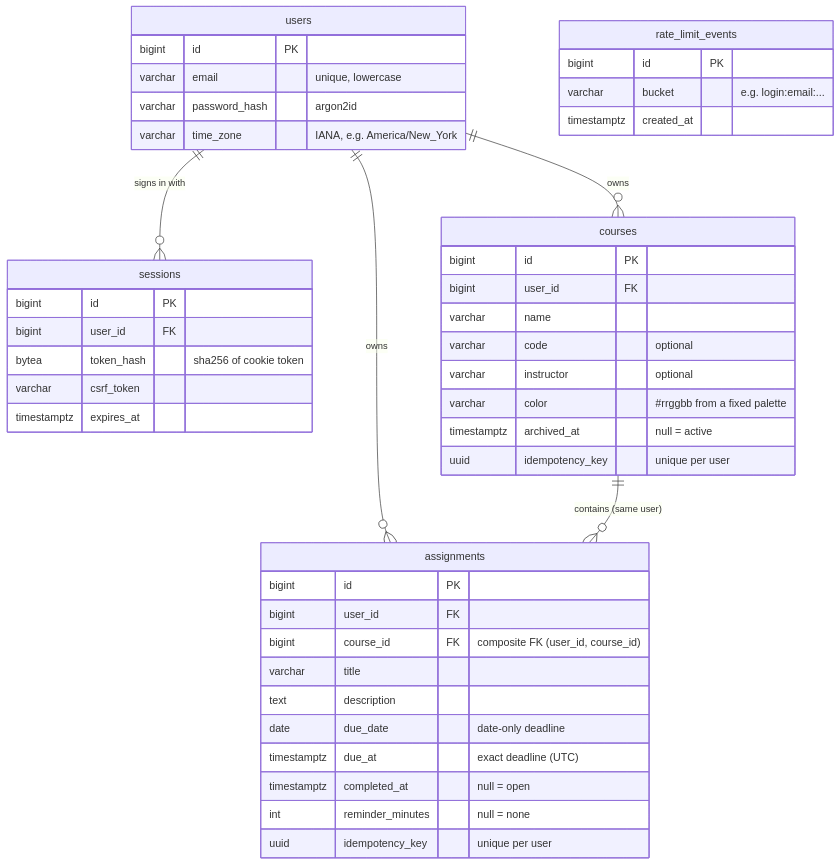
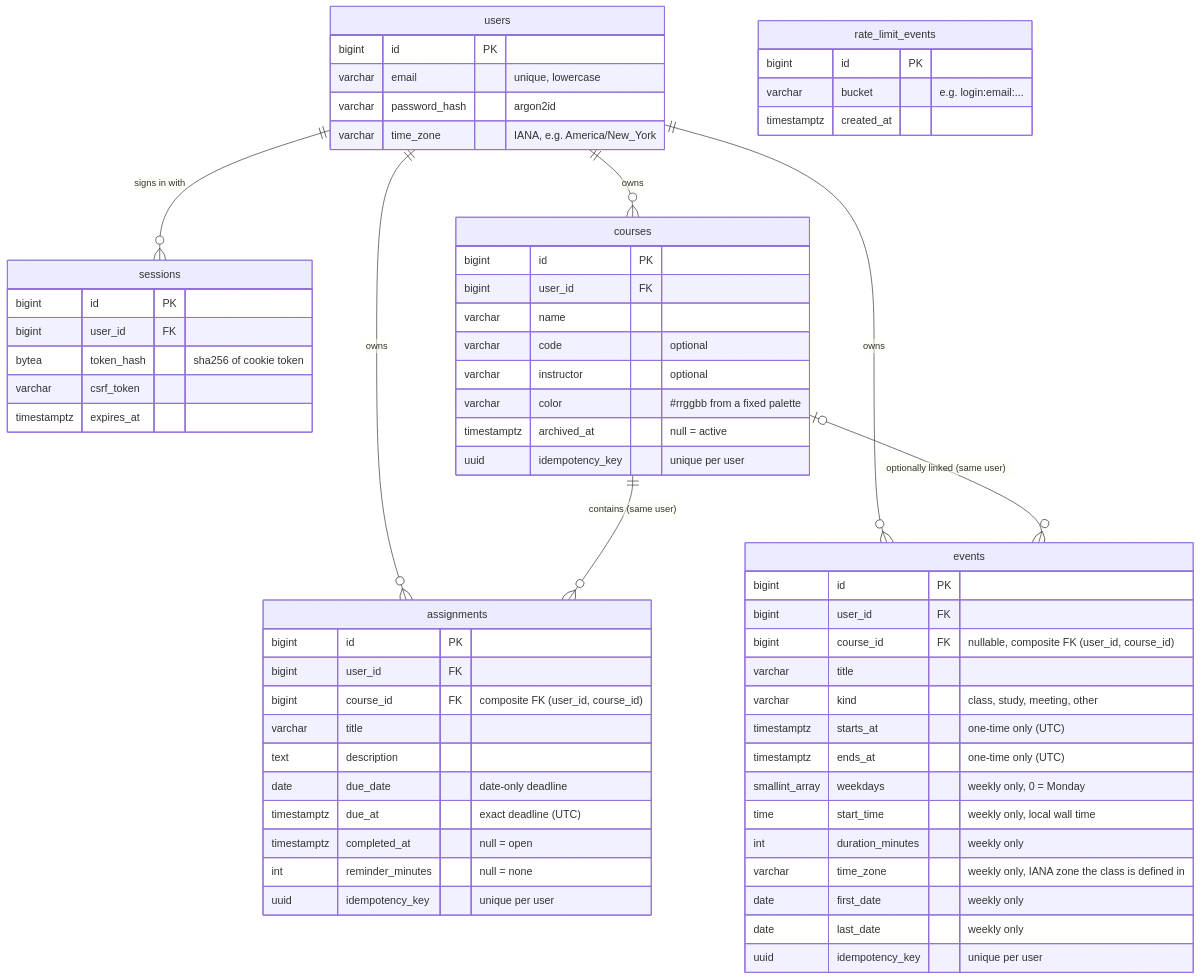
One commit to kplaza1009-create/campusflow changed the second of 2 diagrams in README.md. Above: the diagram before and after it, drawn with Mermaid. The commit also changed other lines of this file and 14 other files, not shown here.

````diff
--- a/README.md
+++ b/README.md
@@ -53,47 +57,65 @@
 ```mermaid
 erDiagram
   users ||--o{ sessions : "signs in with"
   users ||--o{ courses : owns
   users ||--o{ assignments : owns
   courses ||--o{ assignments : "contains (same user)"
+  users ||--o{ events : owns
+  courses |o--o{ events : "optionally linked (same user)"
   users {
     bigint id PK
     varchar email "unique, lowercase"
     varchar password_hash "argon2id"
     varchar time_zone "IANA, e.g. America/New_York"
   }
   sessions {
     bigint id PK
     bigint user_id FK
     bytea token_hash "sha256 of cookie token"
     varchar csrf_token
     timestamptz expires_at
   }
   courses {
     bigint id PK
     bigint user_id FK
     varchar name
     varchar code "optional"
     varchar instructor "optional"
     varchar color "#rrggbb from a fixed palette"
     timestamptz archived_at "null = active"
     uuid idempotency_key "unique per user"
   }
   assignments {
     bigint id PK
     bigint user_id FK
     bigint course_id FK "composite FK (user_id, course_id)"
     varchar title
     text description
     date due_date "date-only deadline"
     timestamptz due_at "exact deadline (UTC)"
     timestamptz completed_at "null = open"
     int reminder_minutes "null = none"
     uuid idempotency_key "unique per user"
   }
+  events {
+    bigint id PK
+    bigint user_id FK
+    bigint course_id FK "nullable, composite FK (user_id, course_id)"
+    varchar title
+    varchar kind "class, study, meeting, other"
+    timestamptz starts_at "one-time only (UTC)"
+    timestamptz ends_at "one-time only (UTC)"
+    smallint_array weekdays "weekly only, 0 = Monday"
+    time start_time "weekly only, local wall time"
+    int duration_minutes "weekly only"
+    varchar time_zone "weekly only, IANA zone the class is defined in"
+    date first_date "weekly only"
+    date last_date "weekly only"
+    uuid idempotency_key "unique per user"
+  }
   rate_limit_events {
     bigint id PK
     varchar bucket "e.g. login:email:..."
     timestamptz created_at
   }
 ```
````
